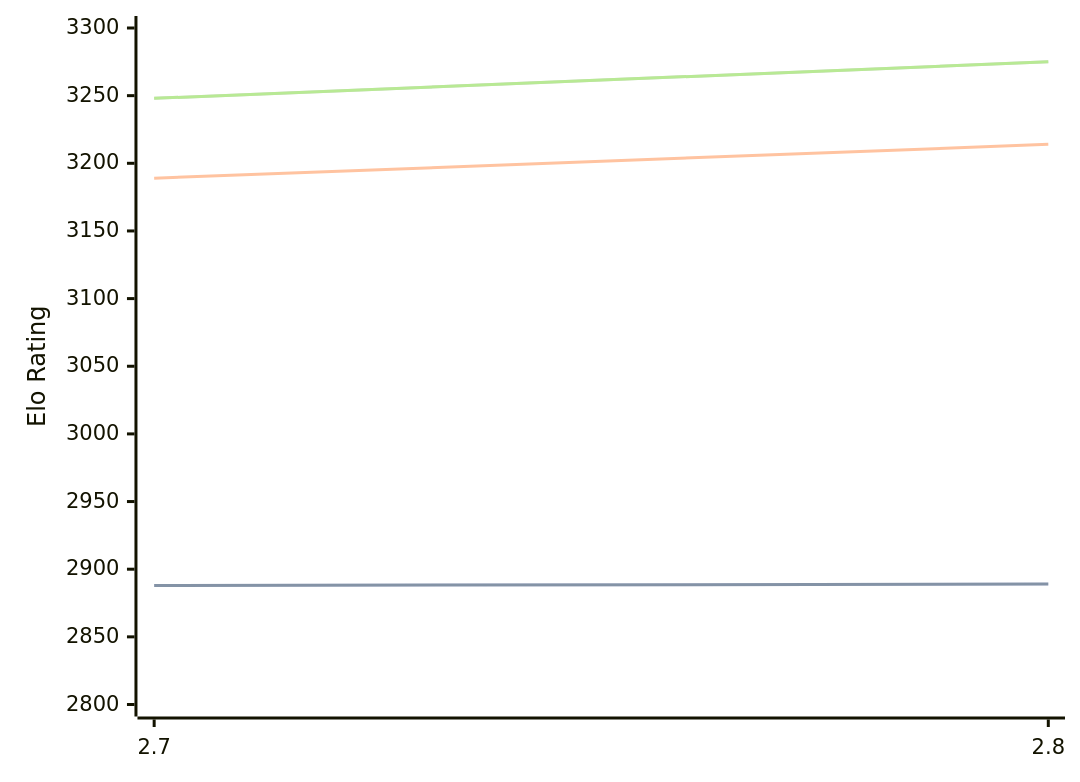
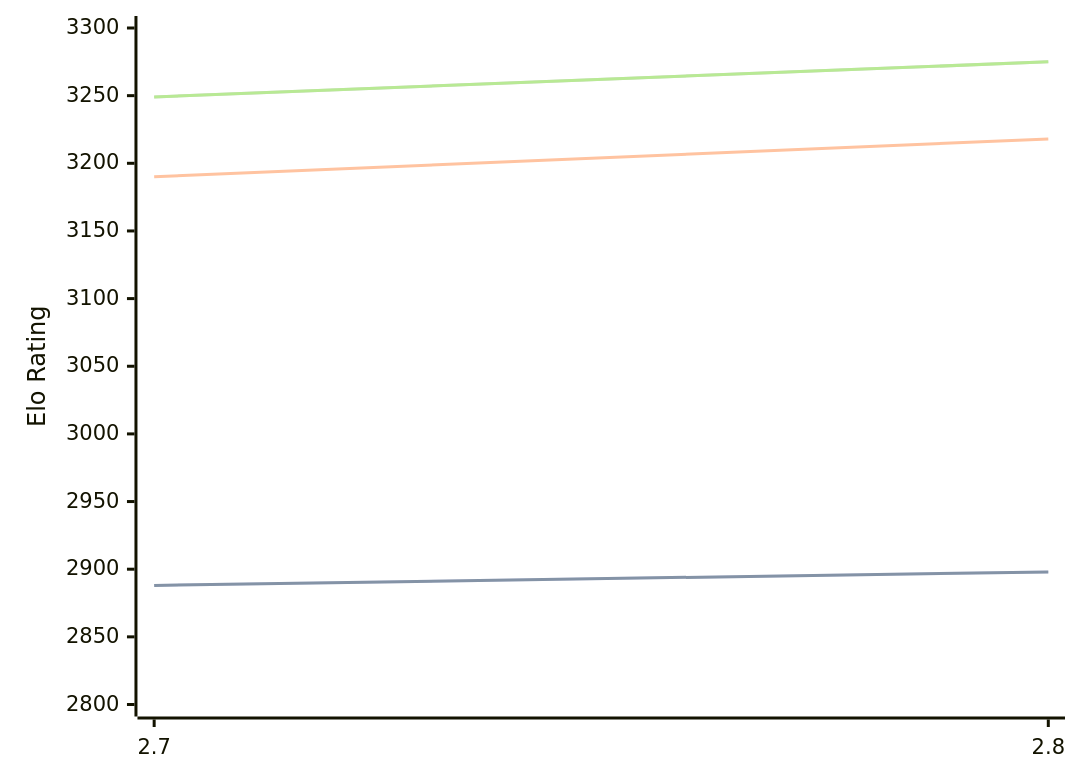
One commit to computer-chess-index/cci changed the diagram in engines/Arcanum.md. Above: the diagram before and after it, drawn with Mermaid. The commit also changed other lines of this file, not shown here.

Commit message:
Update CCI Ratings (ELO VLTC) - 2026-05-22

````diff
--- a/engines/Arcanum.md
+++ b/engines/Arcanum.md
@@ -44,11 +44,11 @@
 ```mermaid
 %%{init: {"theme":"base","themeVariables":{"seriesColors:['#a3a3a3','#222221','#faa371']}}}%%
 xychart-beta
   x-axis ["2.7", "2.8"]
   y-axis "Elo Rating" 2800 --> 3300
-  line "STC (8.0+0.08s)" [2888, 2889]
-  line "STC (8.0+0.08s)" [2888, 2889]
-  line "LTC (60.0+0.60s)" [3189, 3214]
-  line "VLTC (2m24s+1.12s)" [3248, 3275]
-  line "VLTC (2m24s+1.12s)" [3248, 3275]
+  line "STC (8.0+0.08s)" [2888, 2898]
+  line "STC (8.0+0.08s)" [2888, 2898]
+  line "LTC (60.0+0.60s)" [3190, 3218]
+  line "VLTC (2m24s+1.12s)" [3249, 3275]
+  line "VLTC (2m24s+1.12s)" [3249, 3275]
 ```
````
